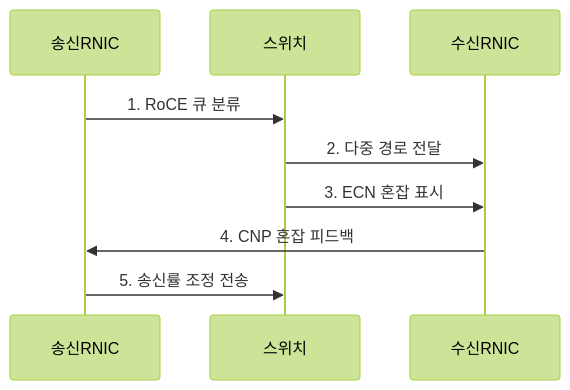
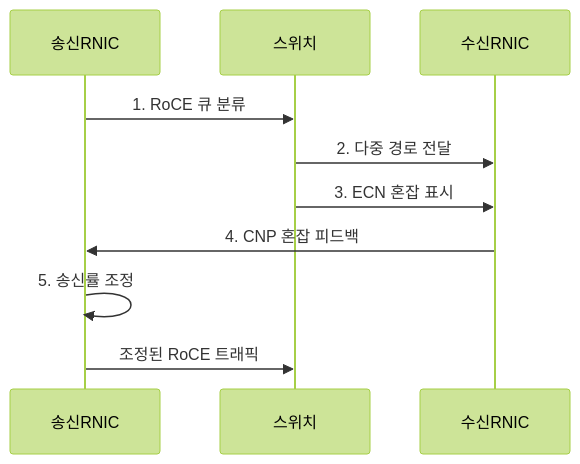
The second of 2 diagrams in src/content/docs/notes/04-network/103_roce.md (agnusdei1207/knowledge-base), drawn with Mermaid (forest theme) before and after one commit. The commit also changed other lines of this file and 16 other files, not shown here.

````diff
--- a/src/content/docs/notes/04-network/103_roce.md
+++ b/src/content/docs/notes/04-network/103_roce.md
@@ -88,11 +90,12 @@
 ```mermaid
 sequenceDiagram
     participant 송신RNIC
     participant 스위치
     participant 수신RNIC
     송신RNIC->>스위치: 1. RoCE 큐 분류
     스위치->>수신RNIC: 2. 다중 경로 전달
     스위치->>수신RNIC: 3. ECN 혼잡 표시
     수신RNIC->>송신RNIC: 4. CNP 혼잡 피드백
-    송신RNIC->>스위치: 5. 송신률 조정 전송
+    송신RNIC->>송신RNIC: 5. 송신률 조정
+    송신RNIC->>스위치: 조정된 RoCE 트래픽
 ```
````
